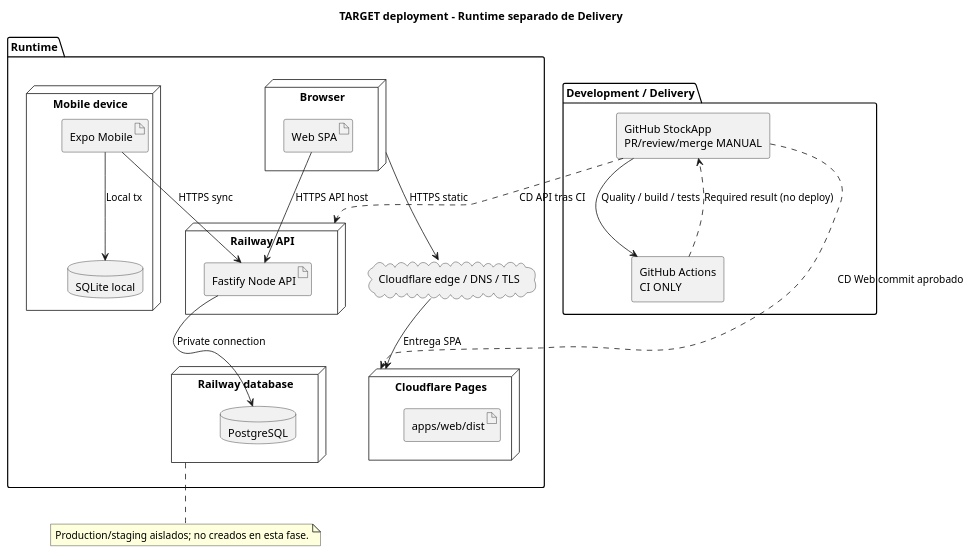
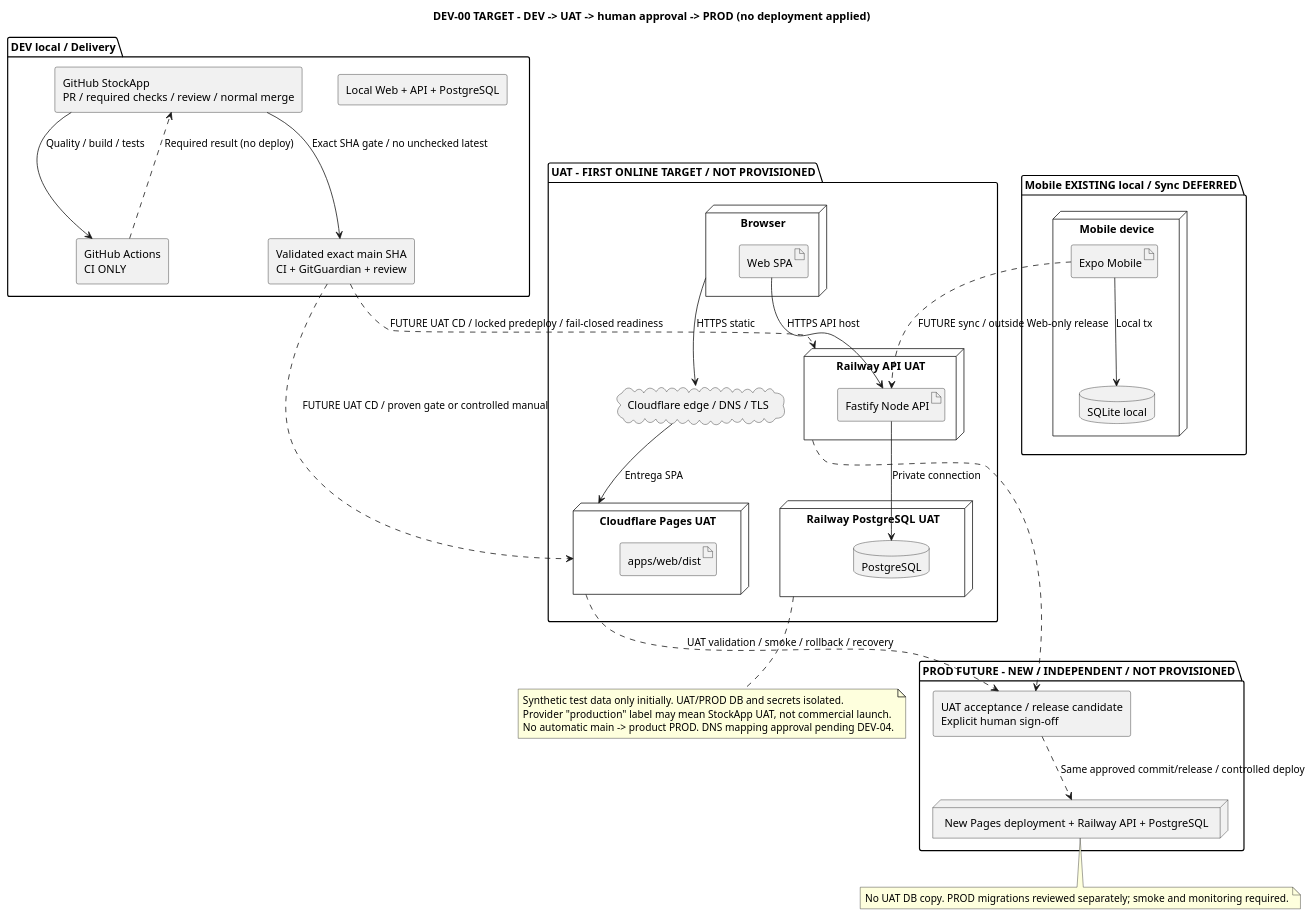
One commit to ian0000/StockApp changed the diagram in docs/web/diagrams/deployment.puml. Above: the diagram before and after it, drawn with PlantUML. The commit also changed 13 other files, not shown here.

Commit message:
docs: align Web deployment architecture with UAT-first

```diff
--- a/docs/web/diagrams/deployment.puml
+++ b/docs/web/diagrams/deployment.puml
@@ -1,37 +1,54 @@
 @startuml
-title TARGET deployment - Runtime separado de Delivery
-package "Runtime" {
+title DEV-00 TARGET - DEV -> UAT -> human approval -> PROD (no deployment applied)
+package "UAT - FIRST ONLINE TARGET / NOT PROVISIONED" {
   node "Browser" as browser {
     artifact "Web SPA" as spa
   }
+  cloud "Cloudflare edge / DNS / TLS" as cf
+  node "Cloudflare Pages UAT" as pages {
+    artifact "apps/web/dist" as assets
+  }
+  node "Railway API UAT" as rail {
+    artifact "Fastify Node API" as api
+  }
+  node "Railway PostgreSQL UAT" as storage {
+    database PostgreSQL as db
+  }
+}
+package "DEV local / Delivery" {
+  rectangle "Local Web + API + PostgreSQL" as local
+  rectangle "GitHub StockApp\nPR / required checks / review / normal merge" as github
+  rectangle "GitHub Actions\nCI ONLY" as ci
+  rectangle "Validated exact main SHA\nCI + GitGuardian + review" as validated
+}
+package "PROD FUTURE - NEW / INDEPENDENT / NOT PROVISIONED" {
+  node "New Pages deployment + Railway API + PostgreSQL" as prod
+  rectangle "UAT acceptance / release candidate\nExplicit human sign-off" as approval
+}
+package "Mobile EXISTING local / Sync DEFERRED" {
   node "Mobile device" as device {
     artifact "Expo Mobile" as mobile
     database "SQLite local" as sqlite
   }
-  cloud "Cloudflare edge / DNS / TLS" as cf
-  node "Cloudflare Pages" as pages {
-    artifact "apps/web/dist" as assets
-  }
-  node "Railway API" as rail {
-    artifact "Fastify Node API" as api
-  }
-  node "Railway database" as storage {
-    database PostgreSQL as db
-  }
-}
-package "Development / Delivery" {
-  rectangle "GitHub StockApp\nPR/review/merge MANUAL" as github
-  rectangle "GitHub Actions\nCI ONLY" as ci
 }
 browser --> cf : HTTPS static
 cf --> pages : Entrega SPA
 spa --> api : HTTPS API host
 mobile --> sqlite : Local tx
-mobile --> api : HTTPS sync
+mobile ..> api : FUTURE sync / outside Web-only release
 api --> db : Private connection
 github --> ci : Quality / build / tests
-github ..> pages : CD Web commit aprobado
-github ..> rail : CD API tras CI
+github --> validated : Exact SHA gate / no unchecked latest
+validated ..> pages : FUTURE UAT CD / proven gate or controlled manual
+validated ..> rail : FUTURE UAT CD / locked predeploy / fail-closed readiness
 ci ..> github : Required result (no deploy)
-note bottom of storage : Production/staging aislados; no creados en esta fase.
+pages ..> approval : UAT validation / smoke / rollback / recovery
+rail ..> approval
+approval ..> prod : Same approved commit/release / controlled deploy
+note bottom of storage
+  Synthetic test data only initially. UAT/PROD DB and secrets isolated.
+  Provider "production" label may mean StockApp UAT, not commercial launch.
+  No automatic main -> product PROD. DNS mapping approval pending DEV-04.
+end note
+note bottom of prod : No UAT DB copy. PROD migrations reviewed separately; smoke and monitoring required.
 @enduml
```
